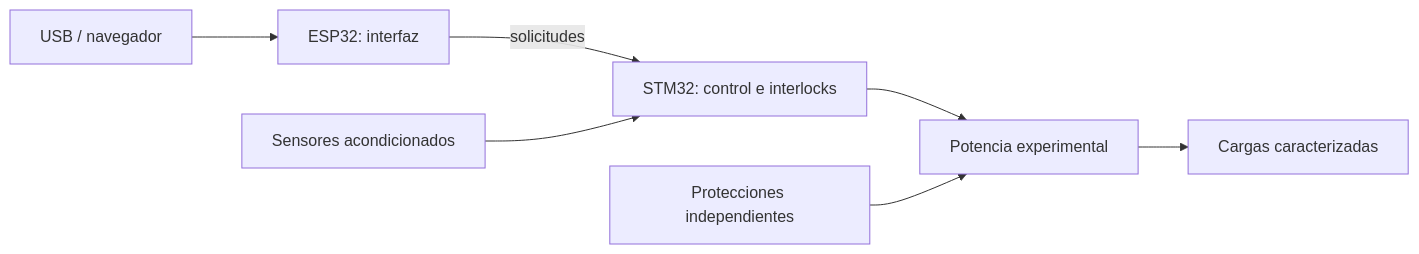
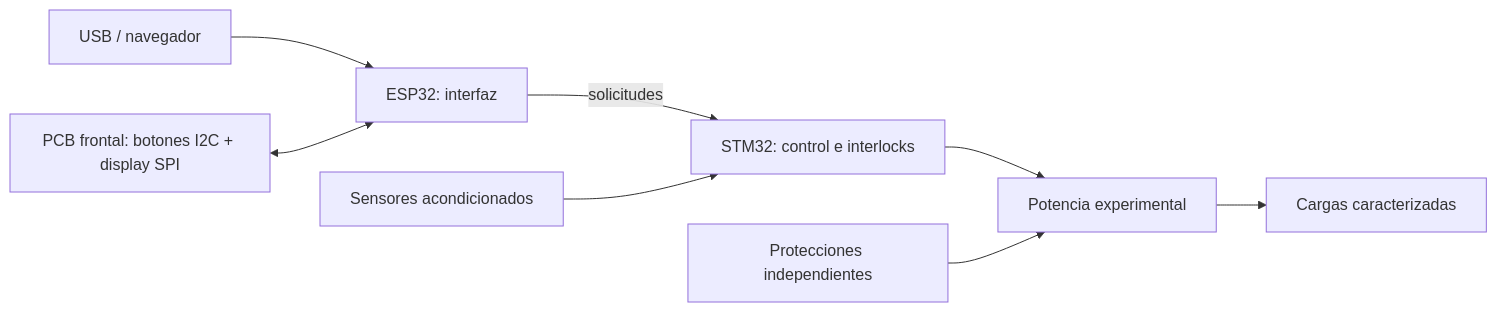
Before and after one commit to itorralbo/open-saeco-controller: the diagram in docs/architecture.md, drawn with Mermaid. The commit also changed other lines of this file and 68 other files, not shown here.

````diff
--- a/docs/architecture.md
+++ b/docs/architecture.md
@@ -10,9 +16,10 @@
 ```mermaid
 flowchart LR
     U[USB / navegador] --> E[ESP32: interfaz]
+    F[PCB frontal: botones I2C + display SPI] <--> E
     E -->|solicitudes| S[STM32: control e interlocks]
     I[Sensores acondicionados] --> S
     S --> P[Potencia experimental]
     P --> C[Cargas caracterizadas]
     H[Protecciones independientes] --> P
 ```
````
